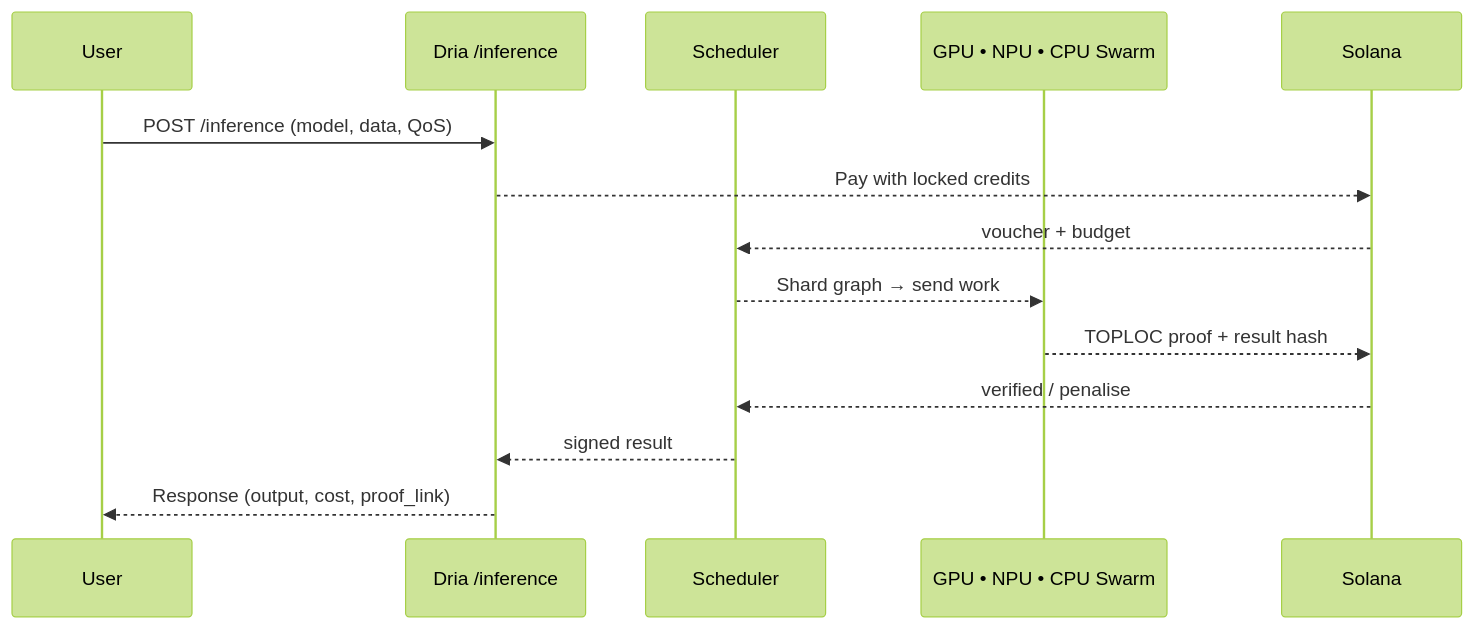
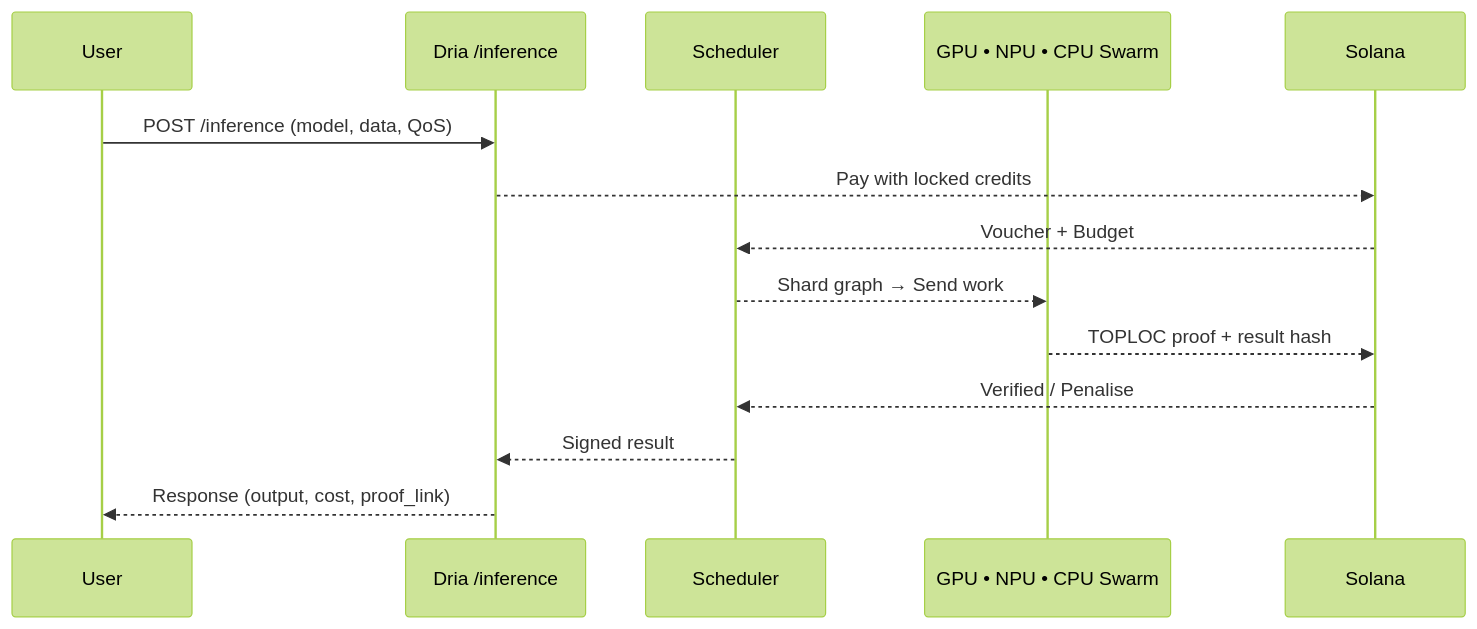
Before and after one commit to aktasbatuhan/docs: the diagram in docs/user-experience.mdx, drawn with Mermaid (forest theme). The commit also changed other lines of this file and 5 other files, not shown here.

````diff
--- a/docs/user-experience.mdx
+++ b/docs/user-experience.mdx
@@ -23,17 +23,17 @@
 ```mermaid
 sequenceDiagram
     participant User
     participant API as Dria /inference
     participant Scheduler
     participant Workers as GPU • NPU • CPU Swarm
     participant Solana
     
     User->>API: POST /inference (model, data, QoS)
     API-->>Solana: Pay with locked credits
-    Solana-->>Scheduler: voucher + budget
-    Scheduler-->>Workers: Shard graph → send work
+    Solana-->>Scheduler: Voucher + Budget
+    Scheduler-->>Workers: Shard graph → Send work
     Workers-->>Solana: TOPLOC proof + result hash
-    Solana-->>Scheduler: verified / penalise
-    Scheduler-->>API: signed result
+    Solana-->>Scheduler: Verified / Penalise
+    Scheduler-->>API: Signed result
     API-->>User: Response (output, cost, proof_link)
 ```
````
